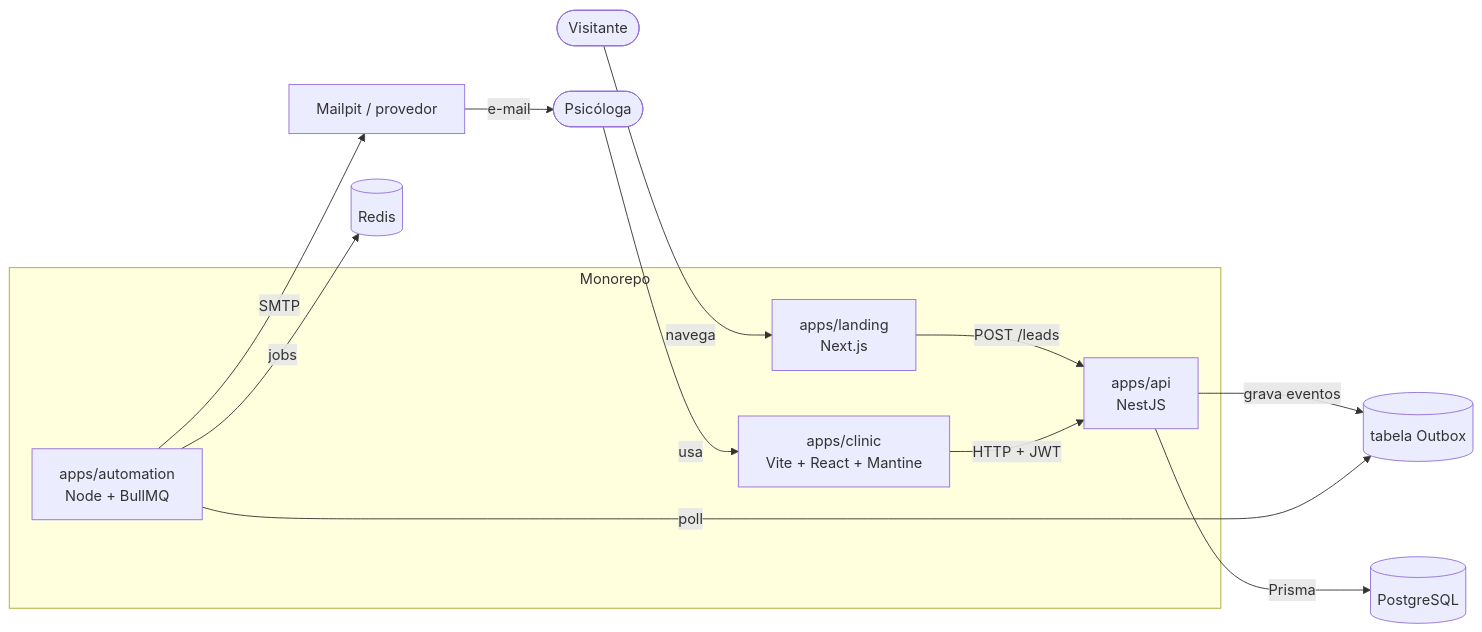
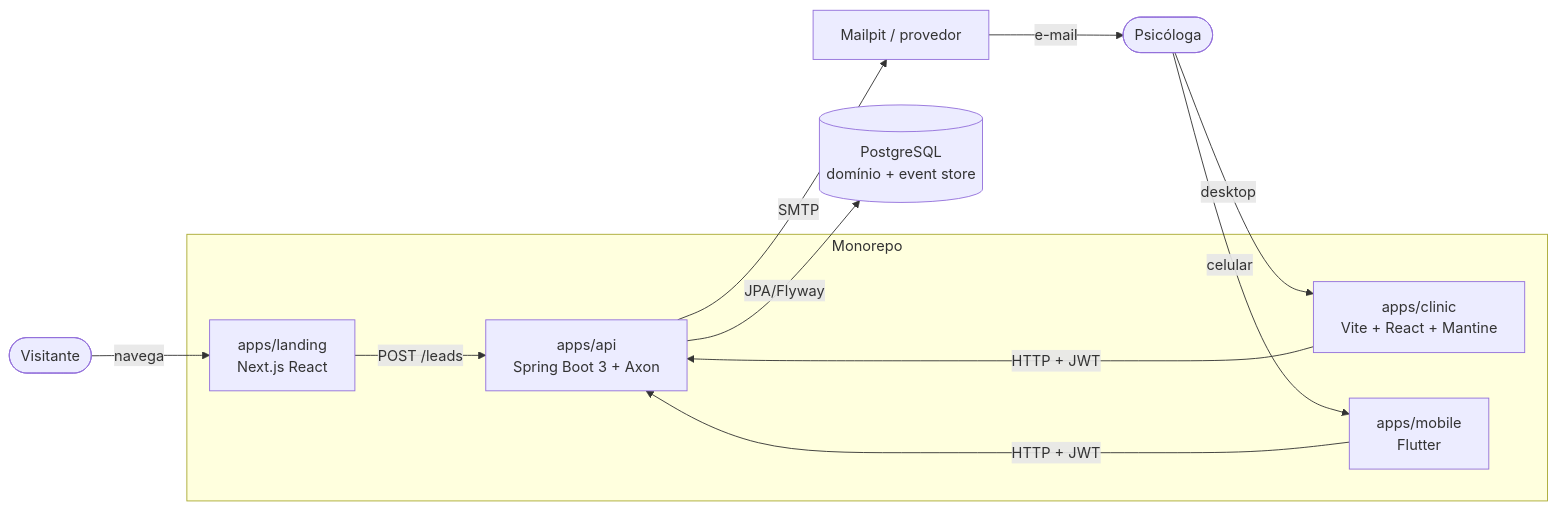
The diagram in docs/architecture/system-context.md (ViniciusKoiti/psicoperation), drawn with Mermaid before and after one commit. The commit also changed other lines of this file and 62 other files, not shown here.

First line of the commit message:
chore: replanejamento pós-pivô de stack (Spring+Axon, Flutter, OpenAPI-first)

````diff
--- a/docs/architecture/system-context.md
+++ b/docs/architecture/system-context.md
@@ -5,21 +7,20 @@
 ```mermaid
 flowchart LR
     visitante([Visitante]) -->|navega| landing
-    psicologa([Psicóloga]) -->|usa| clinic
+    psicologa([Psicóloga]) -->|desktop| clinic
+    psicologa -->|celular| mobile
 
     subgraph Monorepo
-        landing[apps/landing<br/>Next.js]
+        landing[apps/landing<br/>Next.js React]
         clinic[apps/clinic<br/>Vite + React + Mantine]
-        api[apps/api<br/>NestJS]
-        automation[apps/automation<br/>Node + BullMQ]
+        mobile[apps/mobile<br/>Flutter]
+        api[apps/api<br/>Spring Boot 3 + Axon]
     end
 
     landing -->|POST /leads| api
     clinic -->|HTTP + JWT| api
-    api -->|Prisma| pg[(PostgreSQL)]
-    api -->|grava eventos| outbox[(tabela Outbox)]
-    automation -->|poll| outbox
-    automation -->|jobs| redis[(Redis)]
-    automation -->|SMTP| mail[Mailpit / provedor]
+    mobile -->|HTTP + JWT| api
+    api -->|JPA/Flyway| pg[(PostgreSQL<br/>domínio + event store)]
+    api -->|SMTP| mail[Mailpit / provedor]
     mail -->|e-mail| psicologa
 ```
````
